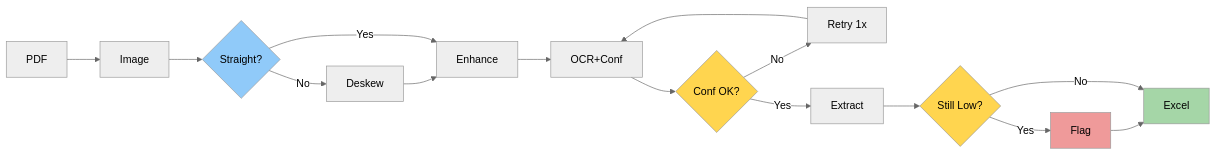
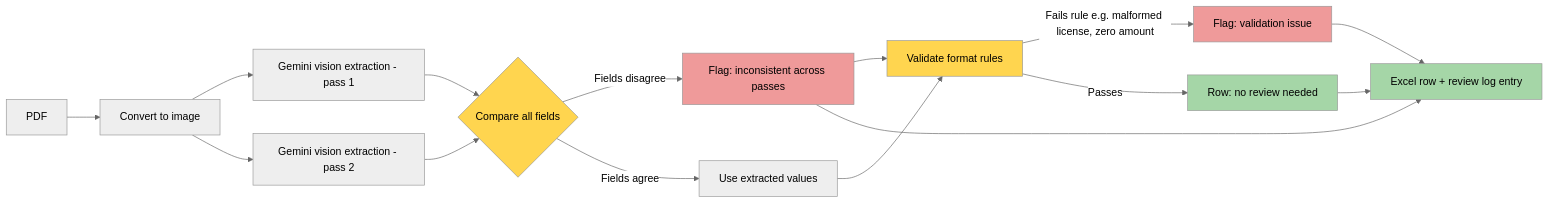
The diagram in README.md (edrian-a-marinas/invoice-ocr-extractor), drawn with Mermaid (neutral theme) before and after one commit. The commit also changed other lines of this file, not shown here.

Commit message:
docs: update README to reflect Gemini-based extraction pipeline

````diff
--- a/README.md
+++ b/README.md
@@ -3,17 +14,23 @@
 ```mermaid
 flowchart LR
-    A[PDF] --> B[Image] --> C{Straight?}
-    C -->|No| D[Deskew] --> F[Enhance]
-    C -->|Yes| F
-    F --> G[OCR+Conf] --> H{Conf OK?}
-    H -->|No| I[Retry 1x] --> G
-    H -->|Yes| K[Extract] --> L{Still Low?}
-    L -->|Yes| M[Flag] --> P[Excel]
-    L -->|No| P
-
+    A[PDF] --> B[Convert to image]
+    B --> C[Gemini vision extraction - pass 1]
+    B --> D[Gemini vision extraction - pass 2]
+    C --> E{Compare all fields}
+    D --> E
+    E -->|Fields disagree| F[Flag: inconsistent across passes]
+    E -->|Fields agree| G[Use extracted values]
+    F --> H[Validate format rules]
+    G --> H
+    H -->|Fails rule e.g. malformed license, zero amount| I[Flag: validation issue]
+    H -->|Passes| J[Row: no review needed]
+    I --> K[Excel row + review log entry]
+    F --> K
+    J --> K
+    style E fill:#ffd54f
     style H fill:#ffd54f
-    style L fill:#ffd54f
-    style C fill:#90caf9
-    style M fill:#ef9a9a
-    style P fill:#a5d6a7
+    style F fill:#ef9a9a
+    style I fill:#ef9a9a
+    style J fill:#a5d6a7
+    style K fill:#a5d6a7
 ```
````
